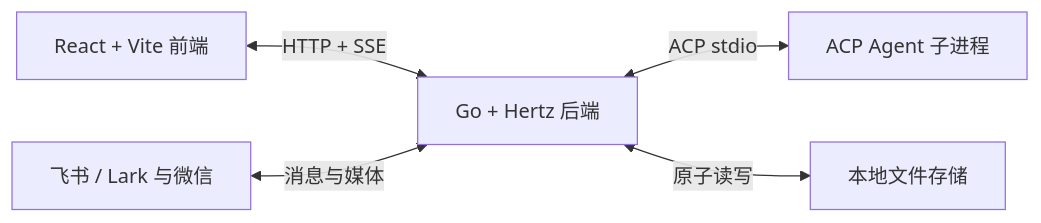
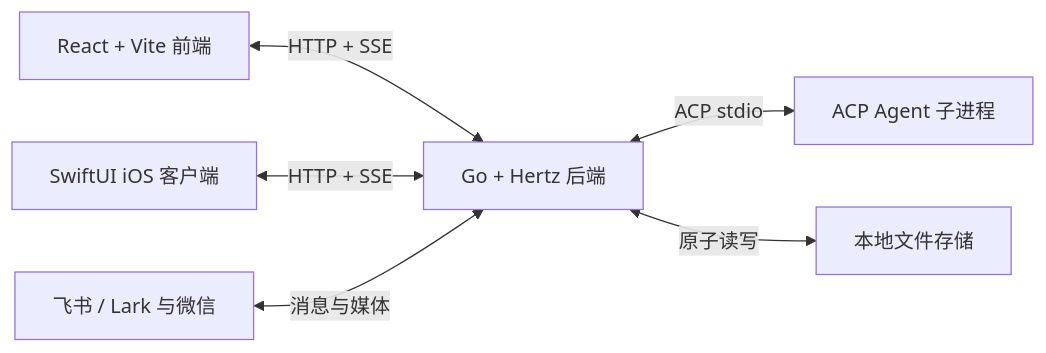
The diagram in README.zh-CN.md (fanlv/quartet), drawn with Mermaid before and after one commit. The commit also changed other lines of this file and 98 other files, not shown here.

First line of the commit message:
feat: add iOS native client, job observation, executor command, and graph run control improvements

````diff
--- a/README.zh-CN.md
+++ b/README.zh-CN.md
@@ -279,13 +281,15 @@
 ```mermaid
 flowchart LR
     UI["React + Vite 前端"]
+    IOS["SwiftUI iOS 客户端"]
     API["Go + Hertz 后端"]
     ACP["ACP Agent 子进程"]
     DATA["本地文件存储"]
     IM["飞书 / Lark 与微信"]
 
     UI <-->|HTTP + SSE| API
+    IOS <-->|HTTP + SSE| API
     API <-->|ACP stdio| ACP
     API <-->|原子读写| DATA
     IM <-->|消息与媒体| API
 ```
````
